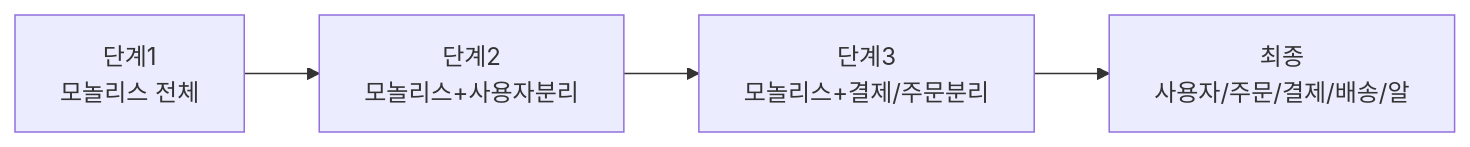
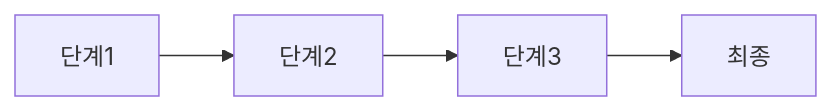
One commit to yjkim2015/yjkim2015.github.io changed the third of 15 diagrams in _posts/architecture/2026-05-02-msa-deep.md. Above: the diagram before and after it, drawn with Mermaid. The commit also changed other lines of this file and 217 other files, not shown here.

First line of the commit message:
Mermaid 크기 수정: useMaxWidth:true + SVG max-width:100% + 라벨 축소

````diff
--- a/_posts/architecture/2026-05-02-msa-deep.md
+++ b/_posts/architecture/2026-05-02-msa-deep.md
@@ -64,6 +64,6 @@
 ```mermaid
 graph LR
-    Mono1["단계1\n모놀리스 전체"] --> Mono2["단계2\n모놀리스+사용자분리"]
-    Mono2 --> Mono3["단계3\n모놀리스+결제/주문분리"]
-    Mono3 --> MSA["최종\n사용자/주문/결제/배송/알"]
+    Mono1["단계1"] --> Mono2["단계2"]
+    Mono2 --> Mono3["단계3"]
+    Mono3 --> MSA["최종"]
 ```
````
